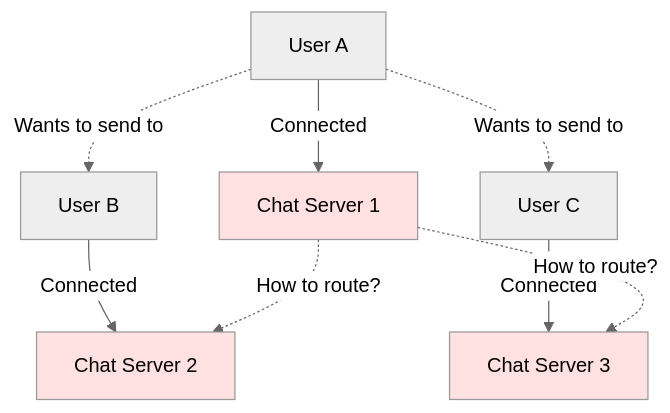
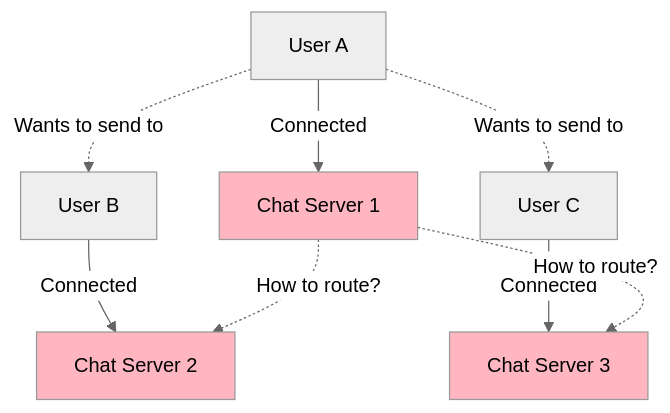
Diagram 11 of 20 in LLD/questions/Design Whatsapp.md (cartmancodes/InterviewVault), drawn with Mermaid (neutral theme) before and after one commit. The commit also changed other lines of this file and 54 other files, not shown here.

````diff
--- a/LLD/questions/Design Whatsapp.md
+++ b/LLD/questions/Design Whatsapp.md
@@ -687,16 +695,16 @@
 ```mermaid
 graph TB
     UA[User A] -->|Connected| CS1[Chat Server 1]
     UB[User B] -->|Connected| CS2[Chat Server 2]
     UC[User C] -->|Connected| CS3[Chat Server 3]
     
     UA -.->|Wants to send to| UB
     UA -.->|Wants to send to| UC
     
     CS1 -.->|How to route?| CS2
     CS1 -.->|How to route?| CS3
     
-    style CS1 fill:#ffe1e1
-    style CS2 fill:#ffe1e1
-    style CS3 fill:#ffe1e1
+    style CS1 fill:#FFB6C1
+    style CS2 fill:#FFB6C1
+    style CS3 fill:#FFB6C1
 ```
````
